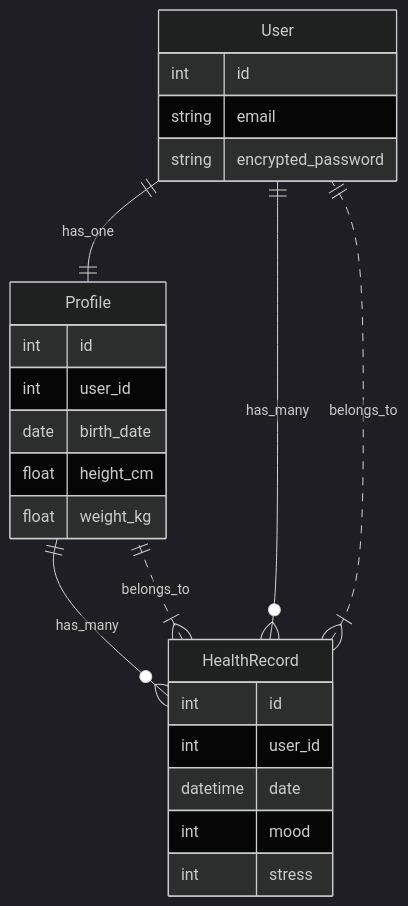
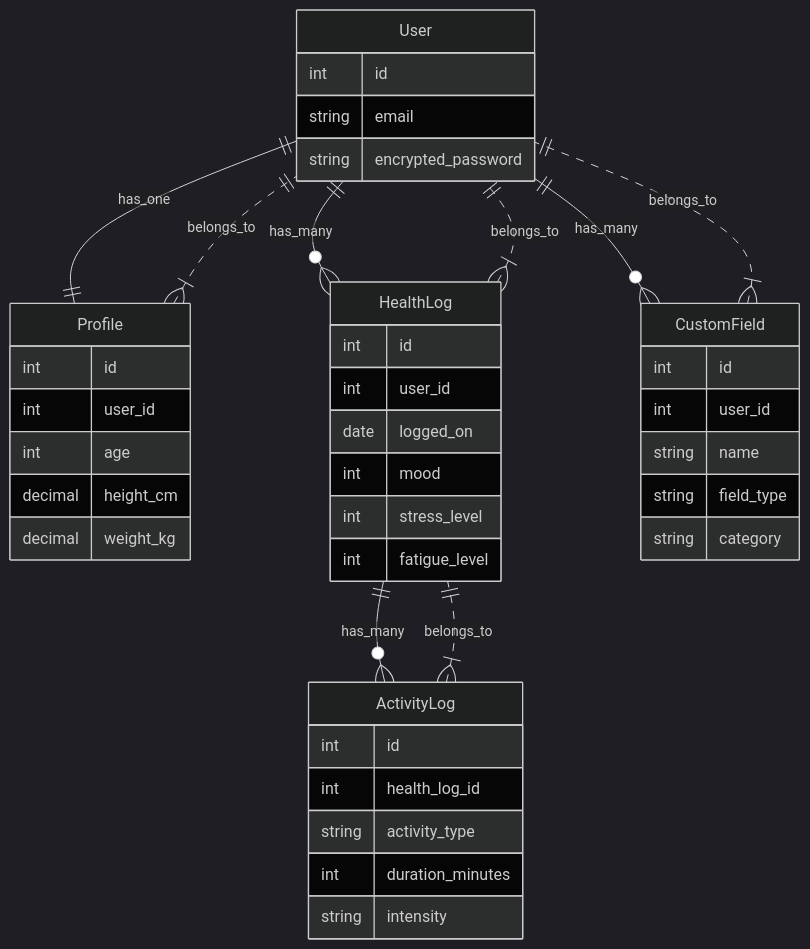
The diagram in README.md (rikunisikawa/my_phr), drawn with Mermaid (dark theme) before and after one commit. The commit also changed other lines of this file and 107 other files, not shown here.

````diff
--- a/README.md
+++ b/README.md
@@ -93,28 +96,46 @@
 ```mermaid
 erDiagram
     User {
         int id
         string email
         string encrypted_password
     }
     Profile {
         int id
         int user_id
-        date birth_date
-        float height_cm
-        float weight_kg
+        int age
+        decimal height_cm
+        decimal weight_kg
     }
-    HealthRecord {
+    HealthLog {
         int id
         int user_id
-        datetime date
+        date logged_on
         int mood
-        int stress
+        int stress_level
+        int fatigue_level
+    }
+    ActivityLog {
+        int id
+        int health_log_id
+        string activity_type
+        int duration_minutes
+        string intensity
+    }
+    CustomField {
+        int id
+        int user_id
+        string name
+        string field_type
+        string category
     }
 
     User ||--|| Profile : has_one
-    User ||--o{ HealthRecord : has_many
-    Profile ||--o{ HealthRecord : has_many
-    HealthRecord }|..|| User : belongs_to
-    HealthRecord }|..|| Profile : belongs_to
+    User ||--o{ HealthLog : has_many
+    HealthLog ||--o{ ActivityLog : has_many
+    User ||--o{ CustomField : has_many
+    ActivityLog }|..|| HealthLog : belongs_to
+    HealthLog }|..|| User : belongs_to
+    Profile }|..|| User : belongs_to
+    CustomField }|..|| User : belongs_to
 ```
````
